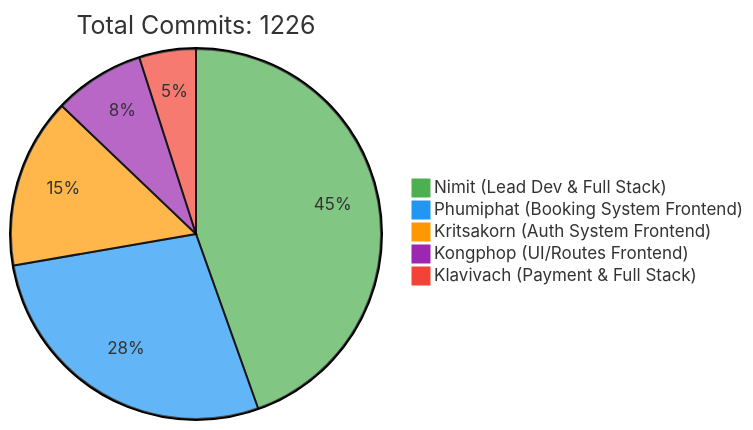
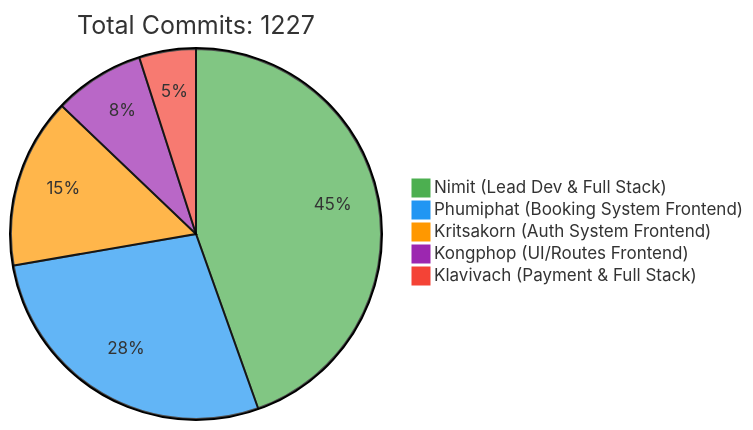
Before and after one commit to 6531503042/Sport-Complex: the first of 2 diagrams in README.md, drawn with Mermaid. The commit also changed other lines of this file, not shown here.

Commit message:
docs: Update contributor statistics [skip ci]

````diff
--- a/README.md
+++ b/README.md
@@ -257,10 +257,10 @@
 ```mermaid
 %%{init: {'theme': 'base', 'themeVariables': { 'pie1': '#4CAF50', 'pie2': '#2196F3', 'pie3': '#FF9800', 'pie4': '#9C27B0', 'pie5': '#F44336'}}}%%
 pie
-    title Total Commits: 1226
+    title Total Commits: 1227
     "Nimit (Lead Dev & Full Stack)" : 450
     "Phumiphat (Booking System Frontend)" : 280
     "Kritsakorn (Auth System Frontend)" : 150
     "Kongphop (UI/Routes Frontend)" : 80
     "Klavivach (Payment & Full Stack)" : 50
 ```
````
